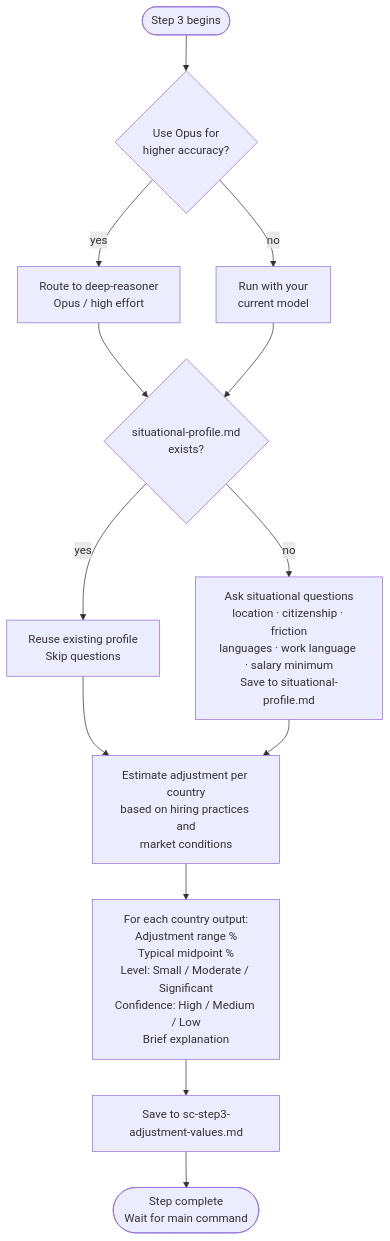
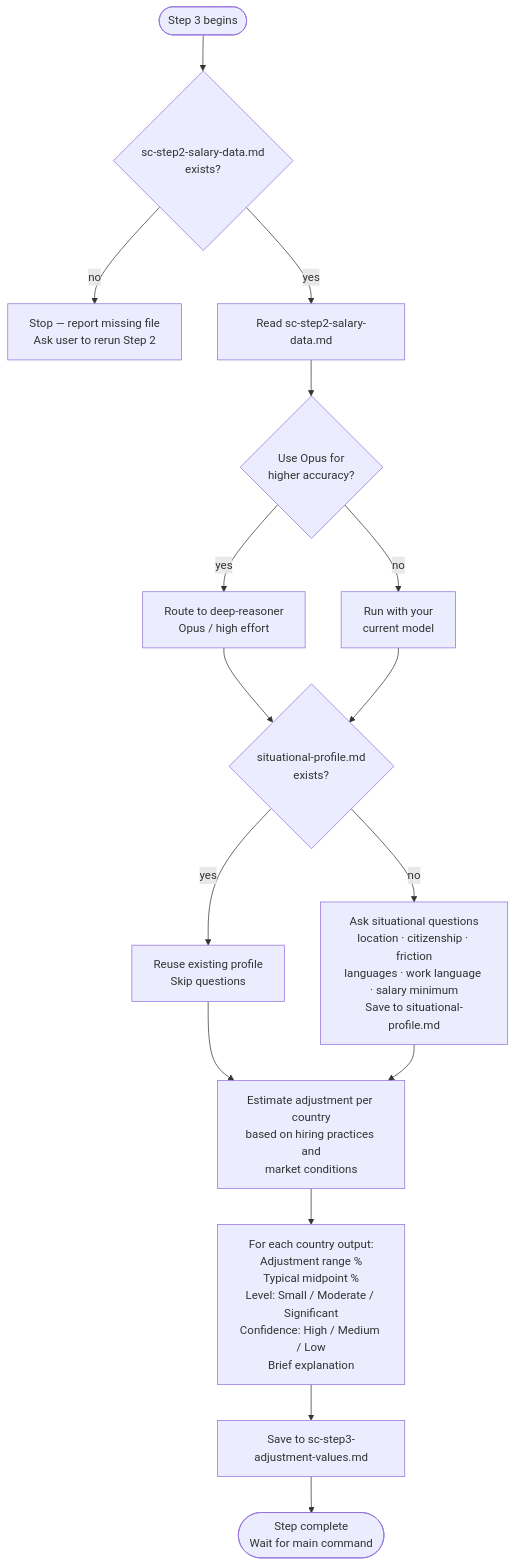
The diagram in docs/commands/salary-calculator/step3-international-adjustment.md (myowinthein/agent-compass), drawn with Mermaid before and after one commit. The commit also changed other lines of this file and 5 other files, not shown here.

First line of the commit message:
feat(salary-calculator): add file persistence for SC step2 salary data

````diff
--- a/docs/commands/salary-calculator/step3-international-adjustment.md
+++ b/docs/commands/salary-calculator/step3-international-adjustment.md
@@ -14,15 +14,18 @@
 ```mermaid
 flowchart TD
-  Start([Step 3 begins]) --> OpusQ{Use Opus for\nhigher accuracy?}
+  Start([Step 3 begins]) --> FileCheck{sc-step2-salary-data.md\nexists?}
+  FileCheck -->|no| Error[Stop — report missing file\nAsk user to rerun Step 2]
+  FileCheck -->|yes| ReadFile[Read sc-step2-salary-data.md]
+  ReadFile --> OpusQ{Use Opus for\nhigher accuracy?}
   OpusQ -->|yes| DeepReasoner[Route to deep-reasoner\nOpus / high effort]
   OpusQ -->|no| CurrentModel[Run with your\ncurrent model]
   DeepReasoner --> SitCheck
   CurrentModel --> SitCheck{situational-profile.md\nexists?}
   SitCheck -->|yes| ReuseSit[Reuse existing profile\nSkip questions]
   SitCheck -->|no| SitQ[Ask situational questions\nlocation · citizenship · friction\nlanguages · work language · salary minimum\nSave to situational-profile.md]
   ReuseSit --> Estimate
   SitQ --> Estimate
   Estimate[Estimate adjustment per country\nbased on hiring practices and\nmarket conditions] --> Output[For each country output:\nAdjustment range %\nTypical midpoint %\nLevel: Small / Moderate / Significant\nConfidence: High / Medium / Low\nBrief explanation]
   Output --> Save[Save to sc-step3-adjustment-values.md]
   Save --> Done([Step complete\nWait for main command])
 ```
````
